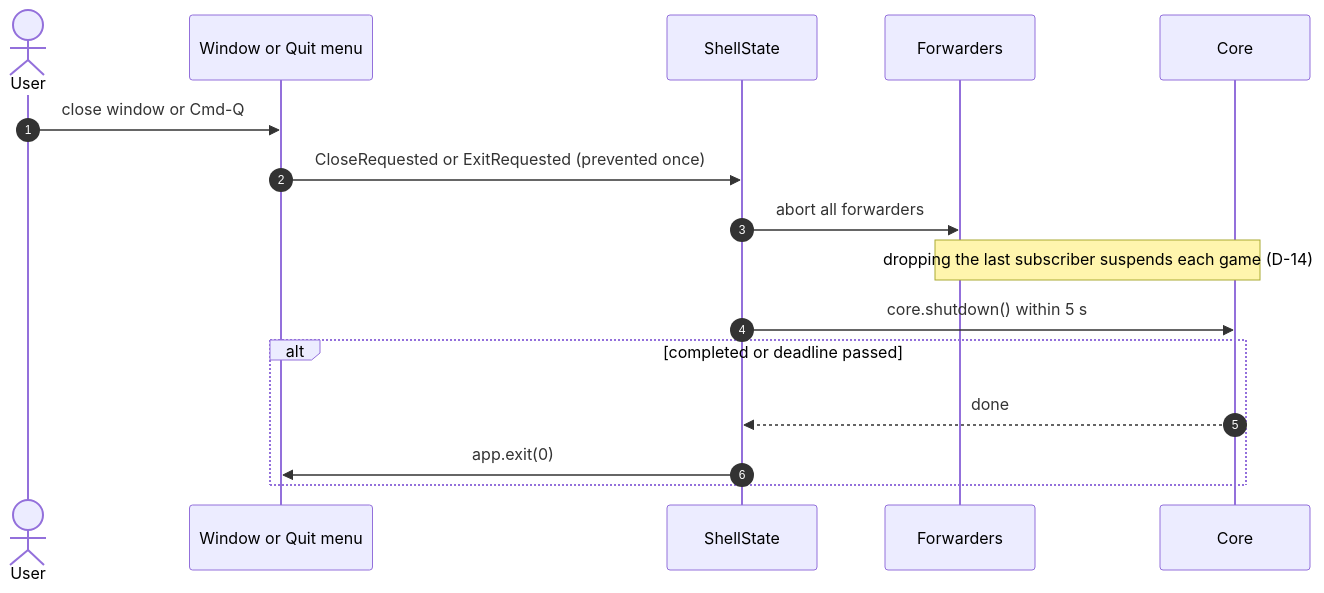
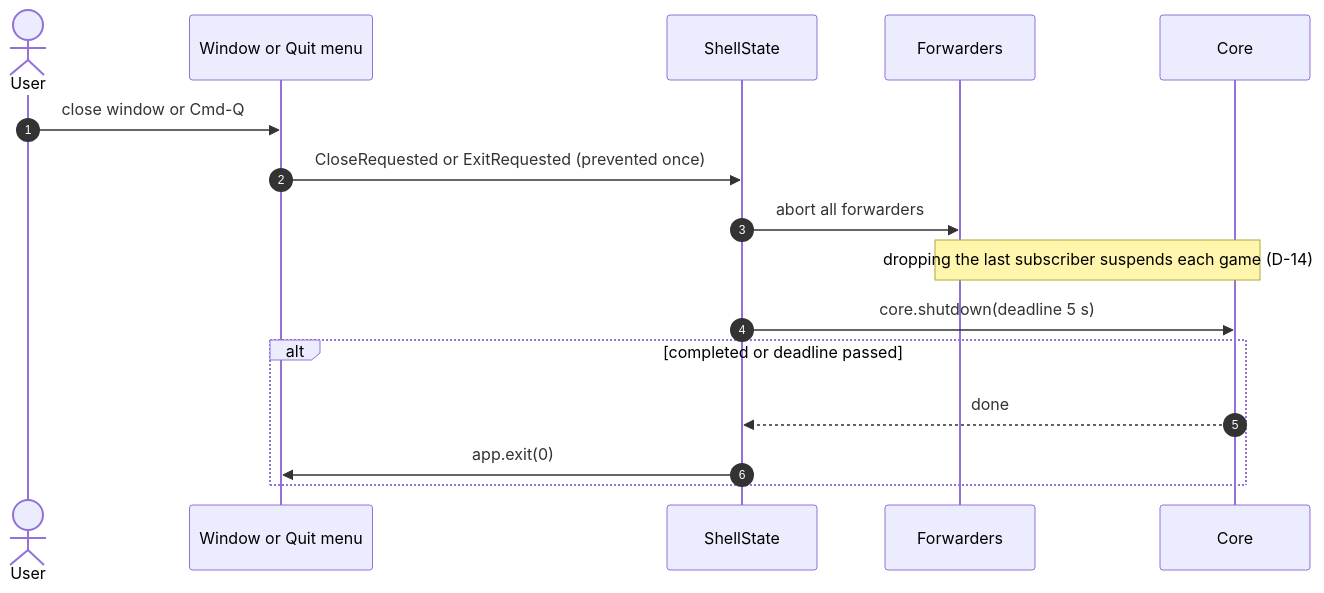
Before and after one commit to bprascher/chess: the fifth of 6 diagrams in docs/design/SDD-desktop-tauri.md, drawn with Mermaid. The commit also changed other lines of this file and 17 other files, not shown here.

First line of the commit message:
Apply architecture addendum B and C to the SDDs and add the v0.4 consistency pass

````diff
--- a/docs/design/SDD-desktop-tauri.md
+++ b/docs/design/SDD-desktop-tauri.md
@@ -224,18 +227,18 @@
 ```mermaid
 sequenceDiagram
     autonumber
     actor U as User
     participant WIN as Window or Quit menu
     participant S as ShellState
     participant F as Forwarders
     participant K as Core
     U->>WIN: close window or Cmd-Q
     WIN->>S: CloseRequested or ExitRequested (prevented once)
     S->>F: abort all forwarders
     Note over F,K: dropping the last subscriber suspends each game (D-14)
-    S->>K: core.shutdown() within 5 s
+    S->>K: core.shutdown(deadline 5 s)
     alt completed or deadline passed
         K-->>S: done
         S->>WIN: app.exit(0)
     end
 ```
````
